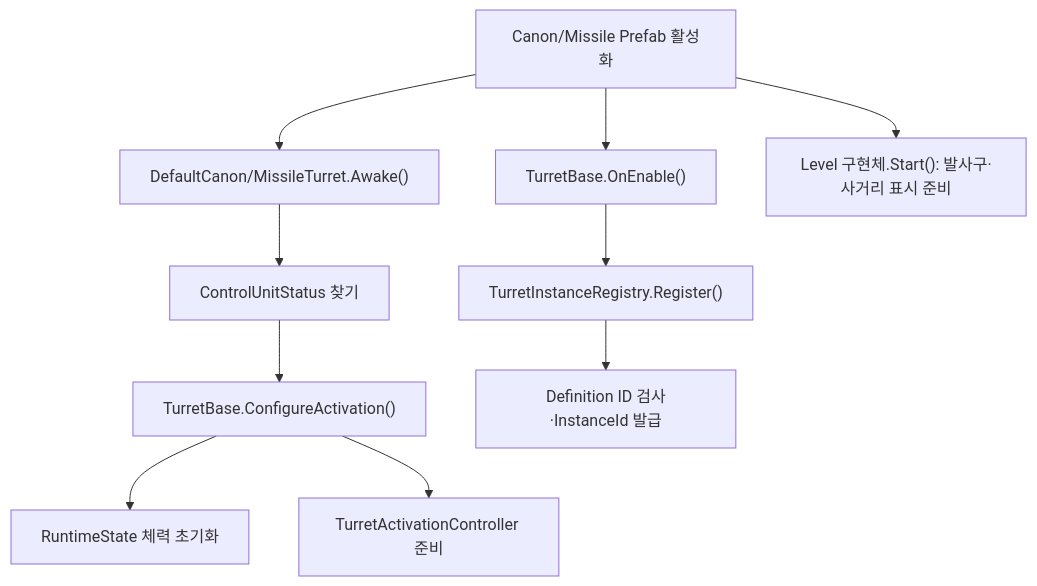
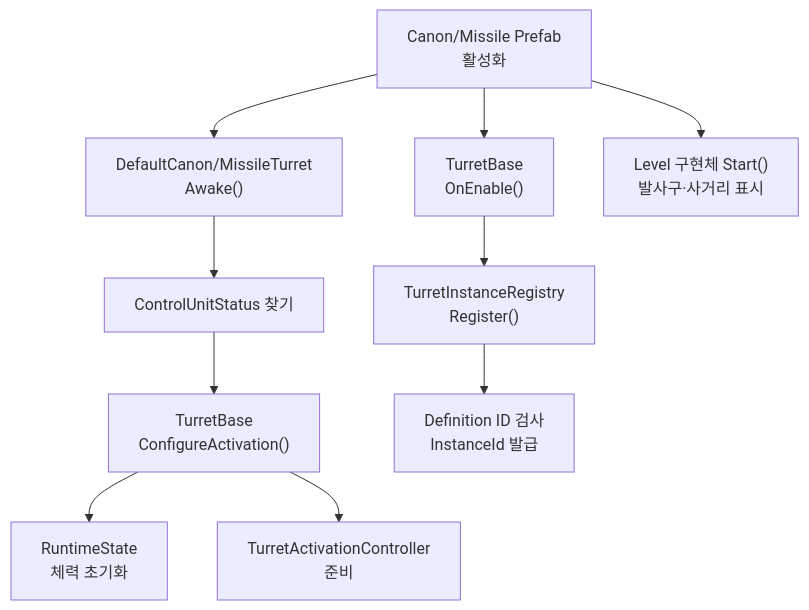
The second of 11 diagrams in Docs/architecture/turret-system-guide.md (Team-HJD-21/unity-6-the-developer), drawn with Mermaid before and after one commit. The commit also changed other lines of this file and 1 other file, not shown here.

Commit message:
Docs(turret) : prevent text clipping in diagrams

````diff
--- a/Docs/architecture/turret-system-guide.md
+++ b/Docs/architecture/turret-system-guide.md
@@ -192,12 +192,12 @@
 ```mermaid
 flowchart TD
-    Prefab["Canon/Missile Prefab 활성화"] --> Awake["DefaultCanon/MissileTurret.Awake()"]
+    Prefab["Canon/Missile Prefab<br>활성화"] --> Awake["DefaultCanon/MissileTurret<br>Awake()"]
     Awake --> Find["ControlUnitStatus 찾기"]
-    Find --> Configure["TurretBase.ConfigureActivation()"]
-    Configure --> Health["RuntimeState 체력 초기화"]
-    Configure --> Controller["TurretActivationController 준비"]
-    Prefab --> Enable["TurretBase.OnEnable()"]
-    Enable --> Register["TurretInstanceRegistry.Register()"]
-    Register --> Validate["Definition ID 검사·InstanceId 발급"]
-    Prefab --> Start["Level 구현체.Start(): 발사구·사거리 표시 준비"]
+    Find --> Configure["TurretBase<br>ConfigureActivation()"]
+    Configure --> Health["RuntimeState<br>체력 초기화"]
+    Configure --> Controller["TurretActivationController<br>준비"]
+    Prefab --> Enable["TurretBase<br>OnEnable()"]
+    Enable --> Register["TurretInstanceRegistry<br>Register()"]
+    Register --> Validate["Definition ID 검사<br>InstanceId 발급"]
+    Prefab --> Start["Level 구현체 Start()<br>발사구·사거리 표시"]
 ```
````
